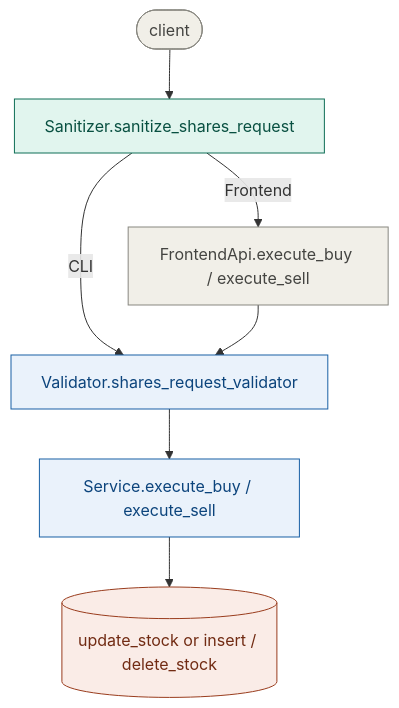
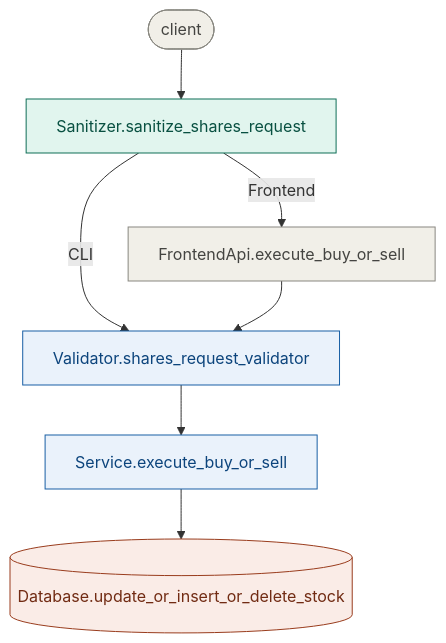
One commit to Aditi1900/investment-app changed the sixth of 6 diagrams in README.md. Above: the diagram before and after it, drawn with Mermaid. The commit also changed other lines of this file, not shown here.

````diff
--- a/README.md
+++ b/README.md
@@ -126,17 +126,17 @@
 ```mermaid
 flowchart TD
     A([client])
     A --> B[Sanitizer.sanitize_shares_request]
     B -->|CLI| D[Validator.shares_request_validator]
-    B -->|Frontend| C[FrontendApi.execute_buy / execute_sell]
+    B -->|Frontend| C[FrontendApi.execute_buy_or_sell]
     C --> D
-    D --> E[Service.execute_buy / execute_sell]
-    E --> F[(update_stock or insert / delete_stock)]
+    D --> E[Service.execute_buy_or_sell]
+    E --> F[(Database.update_or_insert_or_delete_stock)]
 
     style A fill:#F1EFE8,stroke:#888780,color:#444441
     style B fill:#E1F5EE,stroke:#0F6E56,color:#085041
     style C fill:#F1EFE8,stroke:#888780,color:#444441
     style D fill:#EAF2FB,stroke:#185FA5,color:#0C447C
     style E fill:#EAF2FB,stroke:#185FA5,color:#0C447C
     style F fill:#FAECE7,stroke:#993C1D,color:#712B13
 ```
````
